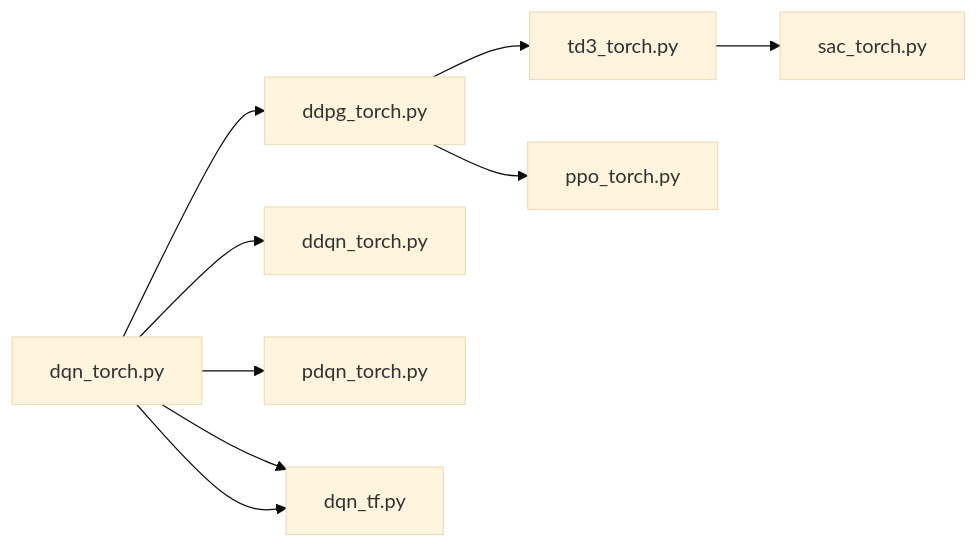
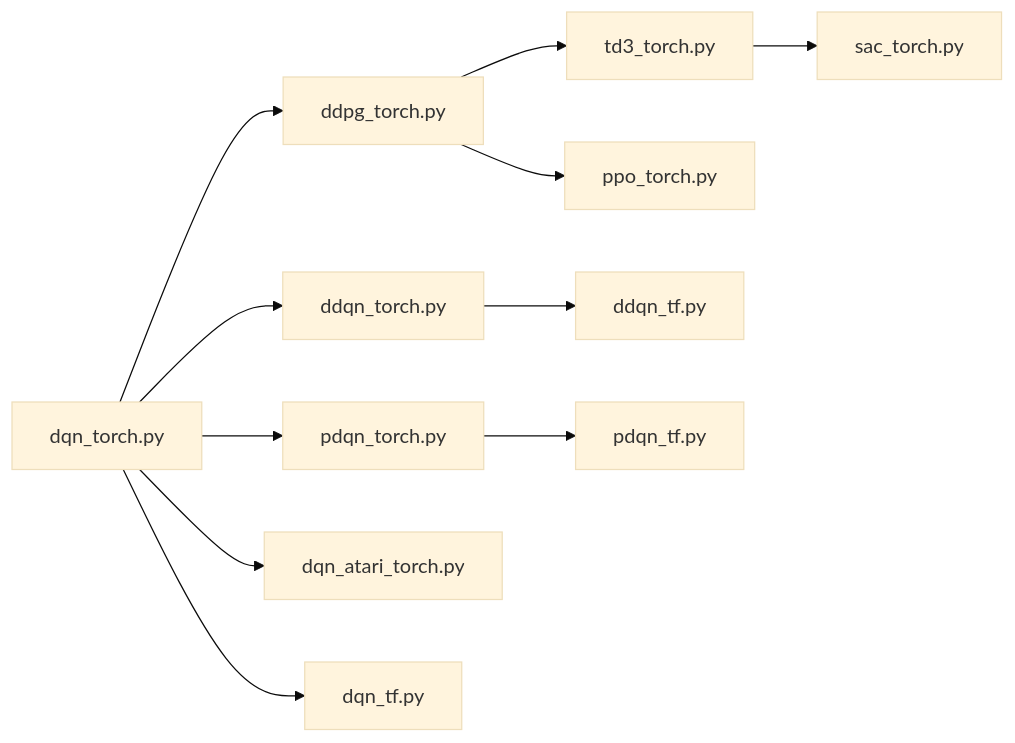
The diagram in docs/features.en.md (sdpkjc/abcdrl), drawn with Mermaid (base theme) before and after one commit. The commit also changed 9 other files, not shown here.

````diff
--- a/docs/features.en.md
+++ b/docs/features.en.md
@@ -12,11 +12,13 @@
     ``` mermaid
     graph LR
     A[dqn_torch.py] -->B[ddpg_torch.py];
     B -->C[td3_torch.py];
     C -->D[sac_torch.py];
     B -->E[ppo_torch.py];
     A -->F[ddqn_torch.py];
     A -->G[pdqn_torch.py];
     A -->H[dqn_atari_torch.py];
-    A -->H[dqn_tf.py];
+    A -->I[dqn_tf.py];
+    F -->J[ddqn_tf.py];
+    G -->K[pdqn_tf.py];
     ```
````
